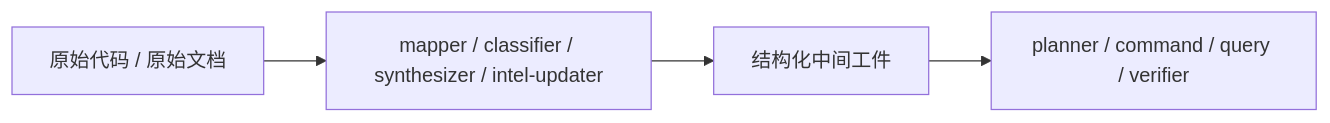
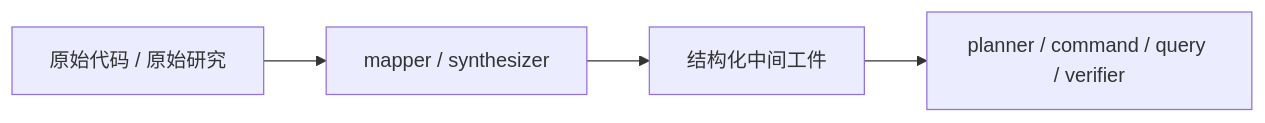
The second of 3 diagrams in guide/11-agent-family-map.md (Wynne-cwb/gsd-remix), drawn with Mermaid before and after one commit. The commit also changed other lines of this file and 71 other files, not shown here.

````diff
--- a/guide/11-agent-family-map.md
+++ b/guide/11-agent-family-map.md
@@ -148,6 +141,6 @@
 ```mermaid
 flowchart LR
-    A["原始代码 / 原始文档"] --> B["mapper / classifier / synthesizer / intel-updater"]
+    A["原始代码 / 原始研究"] --> B["mapper / synthesizer"]
     B --> C["结构化中间工件"]
     C --> D["planner / command / query / verifier"]
 ```
````
